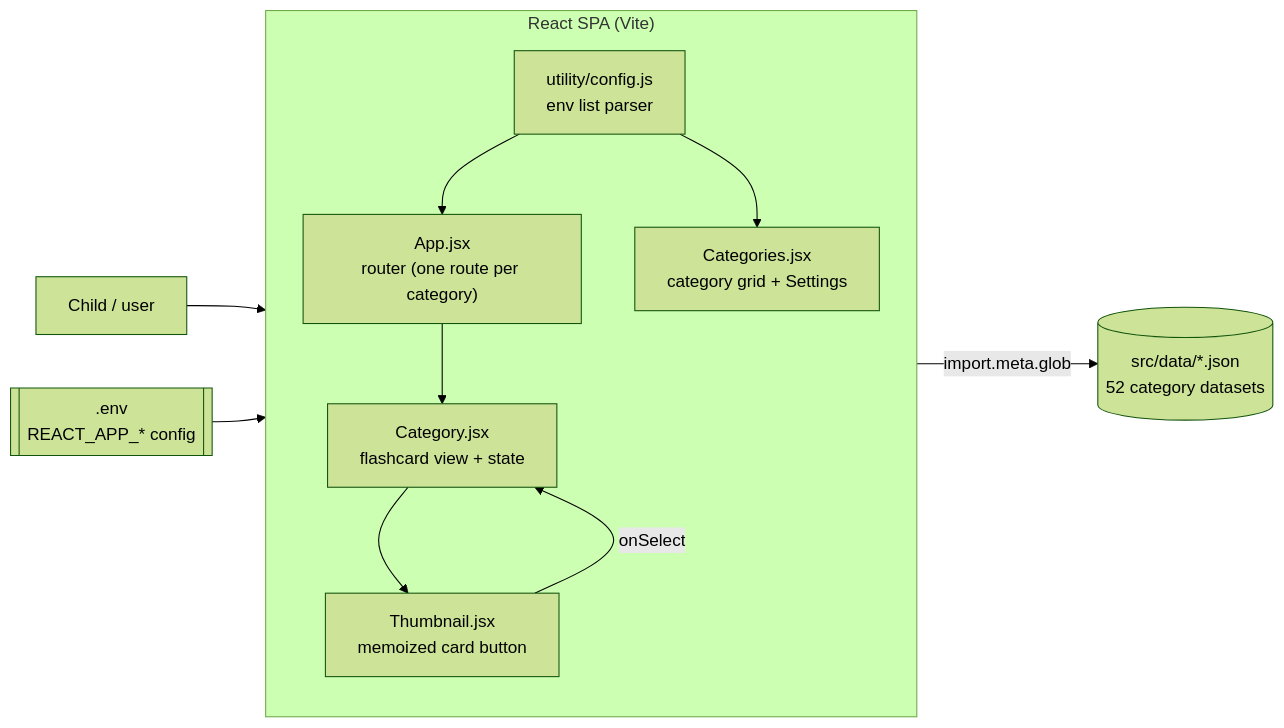
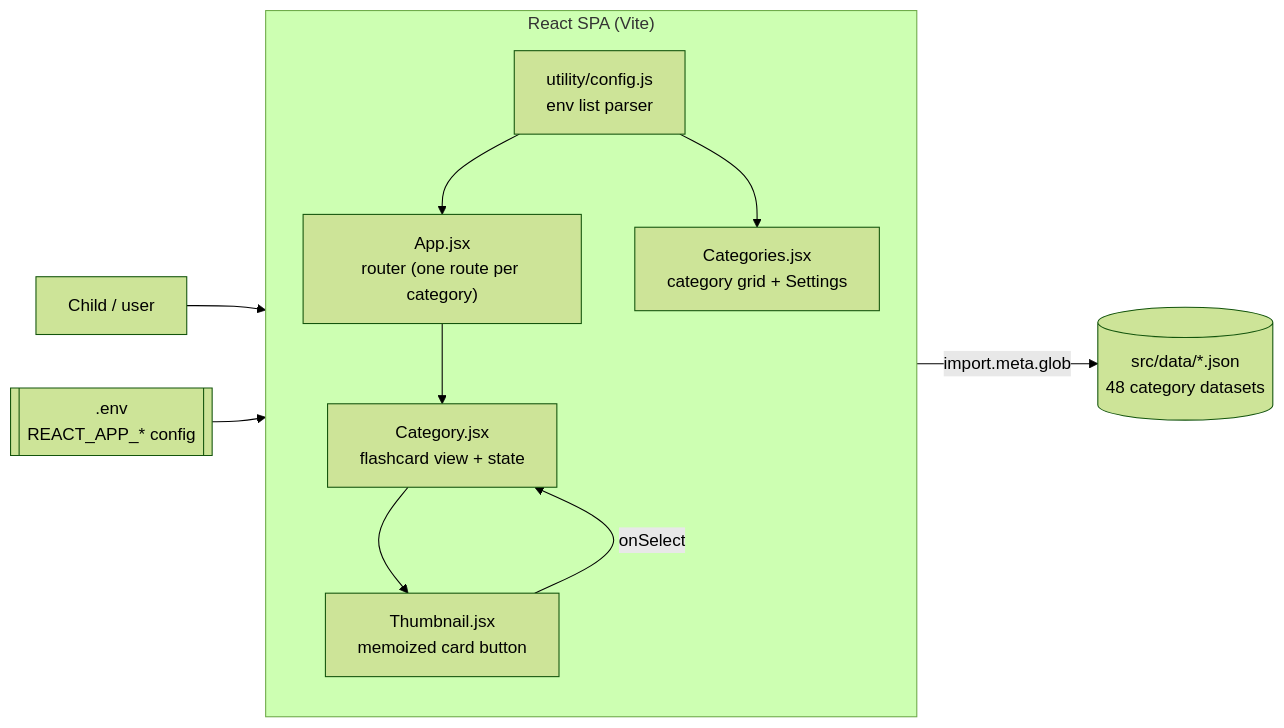
Before and after one commit to bunlongheng/flash-cards: the diagram in README.md, drawn with Mermaid (forest theme). The commit also changed other lines of this file and 25 other files, not shown here.

````diff
--- a/README.md
+++ b/README.md
@@ -39,24 +39,24 @@
 ```mermaid
 flowchart LR
     User["Child / user"]
 
     subgraph App["React SPA (Vite)"]
         direction TB
         Router["App.jsx<br/>router (one route per category)"]
         Home["Categories.jsx<br/>category grid + Settings"]
         Detail["Category.jsx<br/>flashcard view + state"]
         Tile["Thumbnail.jsx<br/>memoized card button"]
         Config["utility/config.js<br/>env list parser"]
     end
 
-    Data[("src/data/*.json<br/>52 category datasets")]
+    Data[("src/data/*.json<br/>48 category datasets")]
     Env[[".env<br/>REACT_APP_* config"]]
 
     User --> Router
     Env --> Config --> Router
     Config --> Home
     Router --> Detail
     Detail -- "import.meta.glob" --> Data
     Detail --> Tile
     Tile -- "onSelect" --> Detail
 ```
````
